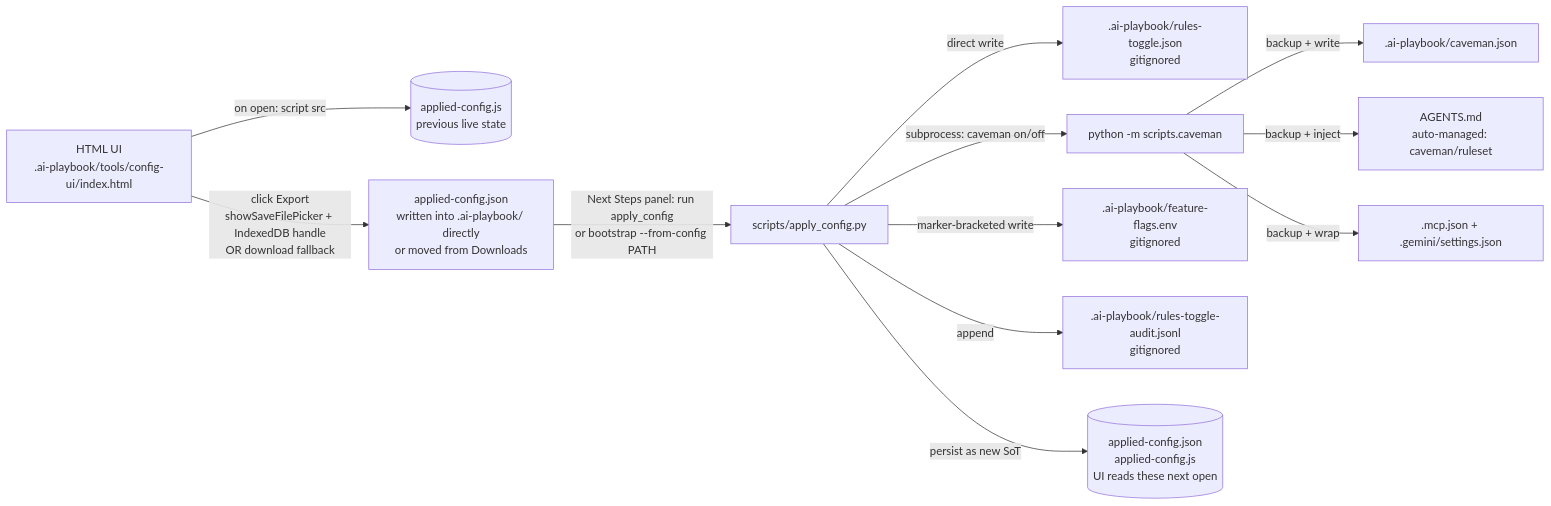
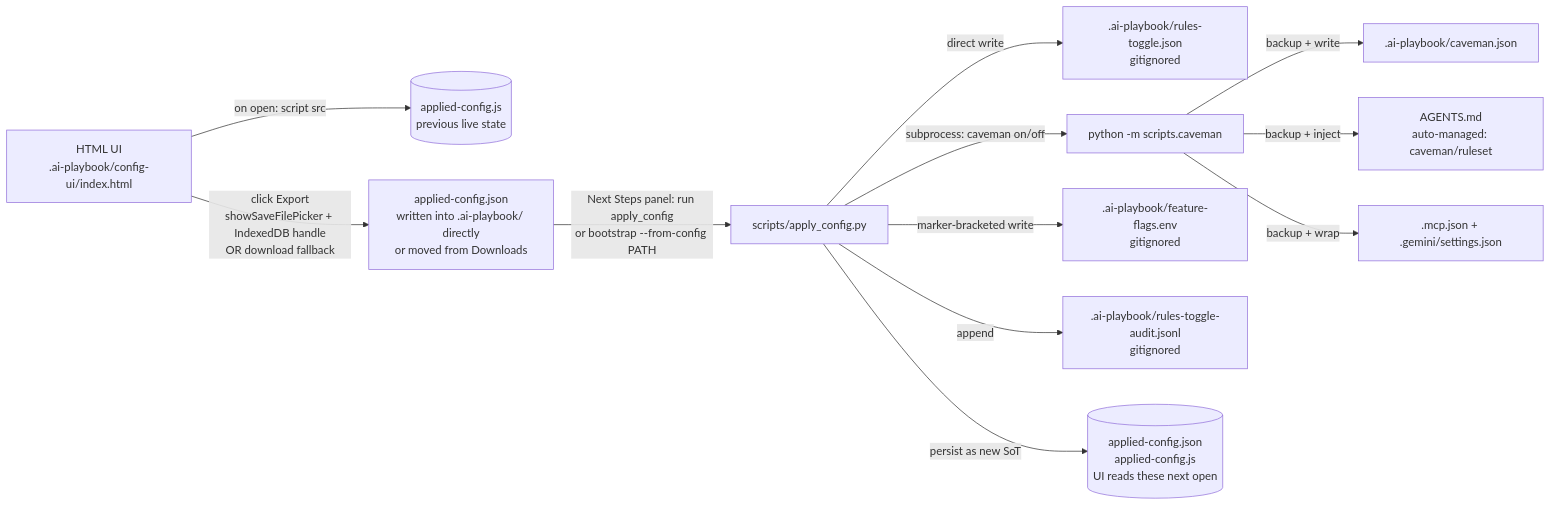
Before and after one commit to Wizarck/ai-playbook: the first of 3 diagrams in docs/concepts/ai-playbook-config.md, drawn with Mermaid. The commit also changed 25 other files, not shown here.

First line of the commit message:
refactor: move tools/config-ui to repo root

````diff
--- a/docs/concepts/ai-playbook-config.md
+++ b/docs/concepts/ai-playbook-config.md
@@ -47,15 +47,15 @@
 ```mermaid
 flowchart LR
-    UI[HTML UI<br/>.ai-playbook/tools/config-ui/index.html]
+    UI[HTML UI<br/>.ai-playbook/config-ui/index.html]
     UI -->|on open: script src| SIDECAR_IN[(applied-config.js<br/>previous live state)]
     UI -->|click Export<br/>showSaveFilePicker + IndexedDB handle<br/>OR download fallback| BUNDLE[applied-config.json<br/>written into .ai-playbook/ directly<br/>or moved from Downloads]
     BUNDLE -->|Next Steps panel: run apply_config<br/>or bootstrap --from-config PATH| APPLY[scripts/apply_config.py]
     APPLY -->|direct write| RT[.ai-playbook/rules-toggle.json<br/>gitignored]
     APPLY -->|subprocess: caveman on/off| CV_CLI[python -m scripts.caveman]
     CV_CLI -->|backup + write| CV[.ai-playbook/caveman.json]
     CV_CLI -->|backup + inject| AGENTS[AGENTS.md<br/>auto-managed: caveman/ruleset]
     CV_CLI -->|backup + wrap| MCP[.mcp.json + .gemini/settings.json]
     APPLY -->|marker-bracketed write| ENV[.ai-playbook/feature-flags.env<br/>gitignored]
     APPLY -->|append| AUDIT[.ai-playbook/rules-toggle-audit.jsonl<br/>gitignored]
     APPLY -->|persist as new SoT| SIDECAR_OUT[(applied-config.json<br/>applied-config.js<br/>UI reads these next open)]
 ```
````
